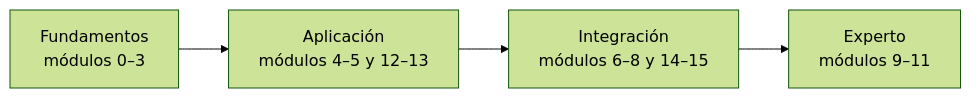
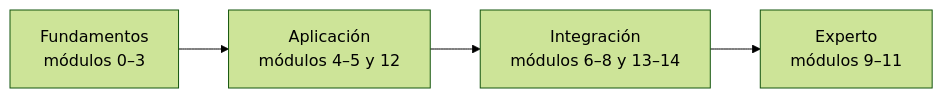
The first of 7 diagrams in web/public/content/foundations/modulo-0.md (NICORUIZ93/The_Imperial_Book), drawn with Mermaid (forest theme) before and after one commit. The commit also changed other lines of this file and 36 other files, not shown here.

````diff
--- a/web/public/content/foundations/modulo-0.md
+++ b/web/public/content/foundations/modulo-0.md
@@ -76,10 +76,10 @@
 ```mermaid
 flowchart LR
     E0["Fundamentos<br/>módulos 0–3"]
-    E1["Aplicación<br/>módulos 4–5 y 12–13"]
-    E2["Integración<br/>módulos 6–8 y 14–15"]
+    E1["Aplicación<br/>módulos 4–5 y 12"]
+    E2["Integración<br/>módulos 6–8 y 13–14"]
     E3["Experto<br/>módulos 9–11"]
     E0 --> E1
     E1 --> E2
     E2 --> E3
 ```
````
